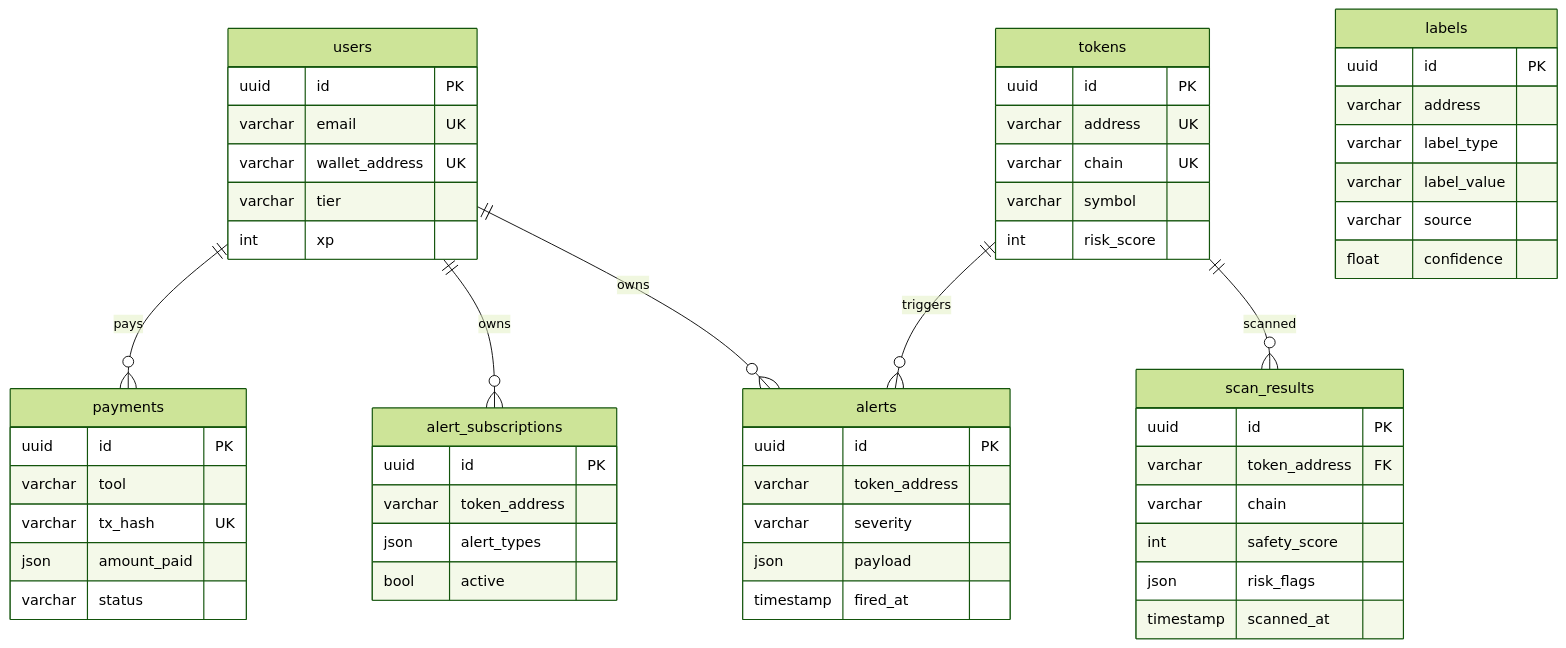
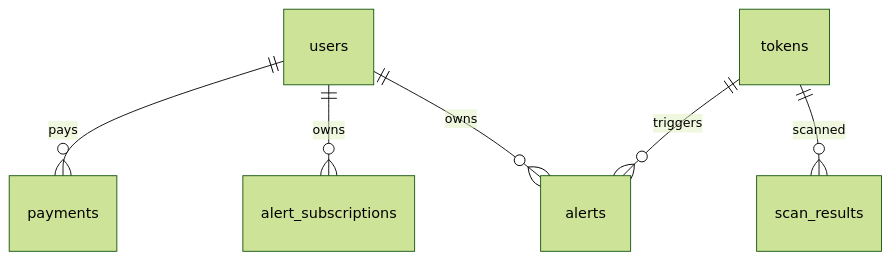
The diagram in docs/SCHEMA.md (Rug-Munch-Media-LLC/rmi-backend), drawn with Mermaid (forest theme) before and after one commit. The commit also changed other lines of this file and 3 other files, not shown here.

First line of the commit message:
docs(schema): comprehensive multi-DB schema documentation + model fixes

````diff
--- a/docs/SCHEMA.md
+++ b/docs/SCHEMA.md
@@ -139,60 +311,8 @@
 ```mermaid
 erDiagram
     users ||--o{ alerts : owns
     users ||--o{ alert_subscriptions : owns
     users ||--o{ payments : pays
-
     tokens ||--o{ scan_results : scanned
     tokens ||--o{ alerts : triggers
-
-    tokens {
-        uuid id PK
-        varchar address UK
-        varchar chain UK
-        varchar symbol
-        int risk_score
-    }
-    scan_results {
-        uuid id PK
-        varchar token_address FK
-        varchar chain
-        int safety_score
-        json risk_flags
-        timestamp scanned_at
-    }
-    alerts {
-        uuid id PK
-        varchar token_address
-        varchar severity
-        json payload
-        timestamp fired_at
-    }
-    alert_subscriptions {
-        uuid id PK
-        varchar token_address
-        json alert_types
-        bool active
-    }
-    labels {
-        uuid id PK
-        varchar address
-        varchar label_type
-        varchar label_value
-        varchar source
-        float confidence
-    }
-    payments {
-        uuid id PK
-        varchar tool
-        varchar tx_hash UK
-        json amount_paid
-        varchar status
-    }
-    users {
-        uuid id PK
-        varchar email UK
-        varchar wallet_address UK
-        varchar tier
-        int xp
-    }
 ```
````
